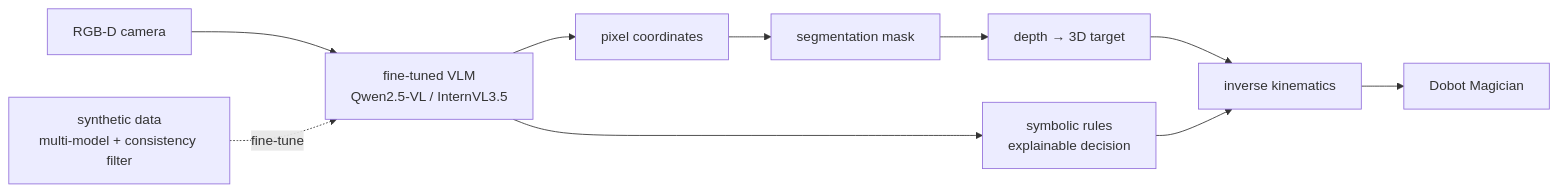
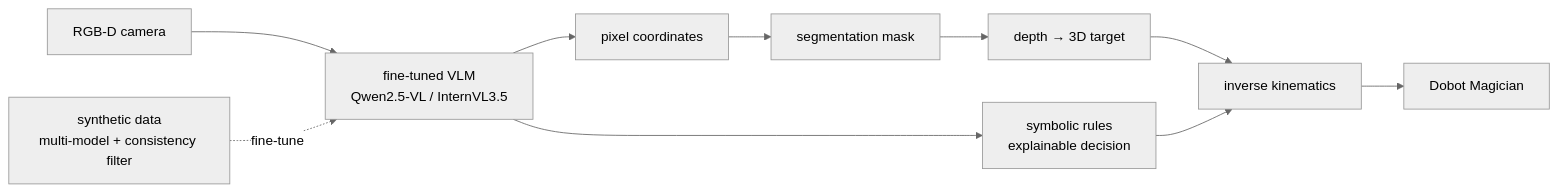
The diagram in README.md (Fe3w/Fe3w), drawn with Mermaid before and after one commit. The commit also changed other lines of this file and 5 other files, not shown here.

````diff
--- a/README.md
+++ b/README.md
@@ -174,10 +147,11 @@
 ```mermaid
+%%{init: {"theme": "neutral"}}%%
 flowchart LR
   CAM[RGB-D camera] --> VLM[fine-tuned VLM<br/>Qwen2.5-VL / InternVL3.5]
   VLM --> PX[pixel coordinates] --> M[segmentation mask]
   M --> D[depth → 3D target]
   VLM --> R[symbolic rules<br/>explainable decision]
   D --> IK[inverse kinematics] --> ARM[Dobot Magician]
   R --> IK
   SYN[synthetic data<br/>multi-model + consistency filter] -.fine-tune.-> VLM
 ```
````
